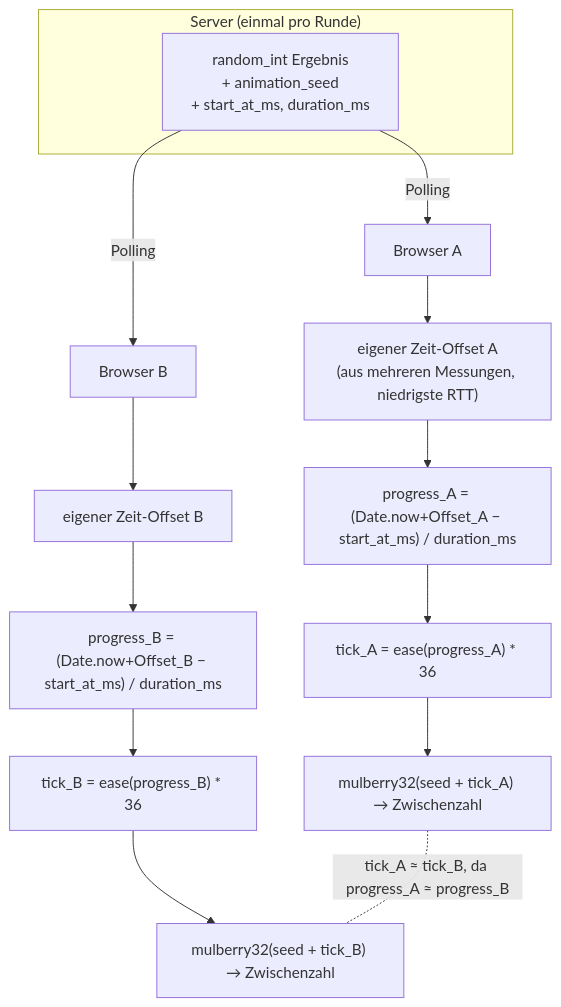
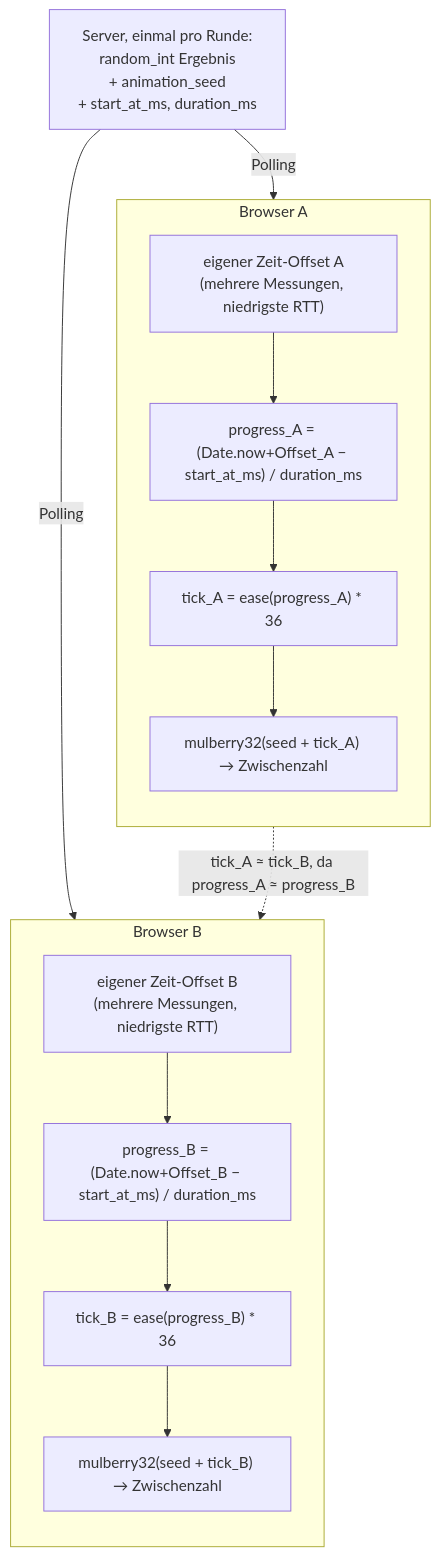
Before and after one commit to Jumbo125/webserver-live-random-generator: the fourth of 4 diagrams in README.md, drawn with Mermaid.

````diff
--- a/README.md
+++ b/README.md
@@ -209,23 +209,27 @@
 ```mermaid
 flowchart TB
-    subgraph Server["Server (einmal pro Runde)"]
-        R["random_int Ergebnis<br/>+ animation_seed<br/>+ start_at_ms, duration_ms"]
+    R["Server, einmal pro Runde:<br/>random_int Ergebnis<br/>+ animation_seed<br/>+ start_at_ms, duration_ms"]
+
+    subgraph BrowserA["Browser A"]
+        direction TB
+        OA["eigener Zeit-Offset A<br/>(mehrere Messungen, niedrigste RTT)"]
+        PA["progress_A = (Date.now+Offset_A − start_at_ms) / duration_ms"]
+        TKA["tick_A = ease(progress_A) * 36"]
+        MA["mulberry32(seed + tick_A) → Zwischenzahl"]
+        OA --> PA --> TKA --> MA
     end
 
-    R -->|Polling| A["Browser A"]
-    R -->|Polling| B["Browser B"]
+    subgraph BrowserB["Browser B"]
+        direction TB
+        OB["eigener Zeit-Offset B<br/>(mehrere Messungen, niedrigste RTT)"]
+        PB["progress_B = (Date.now+Offset_B − start_at_ms) / duration_ms"]
+        TKB["tick_B = ease(progress_B) * 36"]
+        MB["mulberry32(seed + tick_B) → Zwischenzahl"]
+        OB --> PB --> TKB --> MB
+    end
 
-    A --> OA["eigener Zeit-Offset A<br/>(aus mehreren Messungen, niedrigste RTT)"]
-    B --> OB["eigener Zeit-Offset B"]
+    R -->|Polling| OA
+    R -->|Polling| OB
 
-    OA --> PA["progress_A = (Date.now+Offset_A − start_at_ms) / duration_ms"]
-    OB --> PB["progress_B = (Date.now+Offset_B − start_at_ms) / duration_ms"]
-
-    PA --> TA["tick_A = ease(progress_A) * 36"]
-    PB --> TB["tick_B = ease(progress_B) * 36"]
-
-    TA --> MA["mulberry32(seed + tick_A) → Zwischenzahl"]
-    TB --> MB["mulberry32(seed + tick_B) → Zwischenzahl"]
-
-    MA -. "tick_A ≈ tick_B, da progress_A ≈ progress_B" .- MB
+    MA -.->|"tick_A ≈ tick_B, da progress_A ≈ progress_B"| MB
 ```
````
